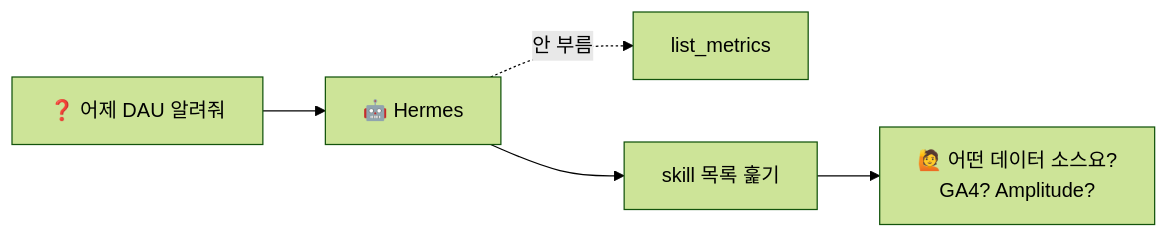
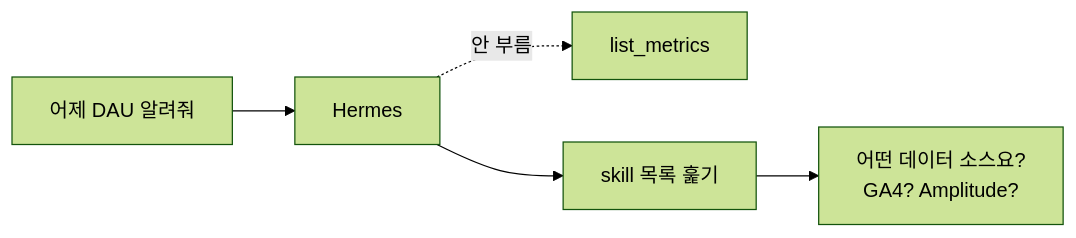
The fourth of 7 diagrams in 2026/11/16-hermes-slack-bot-mcp-troubleshooting.md (suojae/DAE_study_with_claude), drawn with Mermaid (forest theme) before and after one commit. The commit also changed other lines of this file and 6 other files, not shown here.

````diff
--- a/2026/11/16-hermes-slack-bot-mcp-troubleshooting.md
+++ b/2026/11/16-hermes-slack-bot-mcp-troubleshooting.md
@@ -117,7 +117,7 @@
 ```mermaid
 flowchart LR
-    Q["❓ 어제 DAU 알려줘"] --> A["🤖 Hermes"]
+    Q["어제 DAU 알려줘"] --> A["Hermes"]
     A -. "안 부름" .-> M["list_metrics"]
     A --> SK["skill 목록 훑기"]
-    SK --> R["🙋 어떤 데이터 소스요?<br/>GA4? Amplitude?"]
+    SK --> R["어떤 데이터 소스요?<br/>GA4? Amplitude?"]
 ```
````
